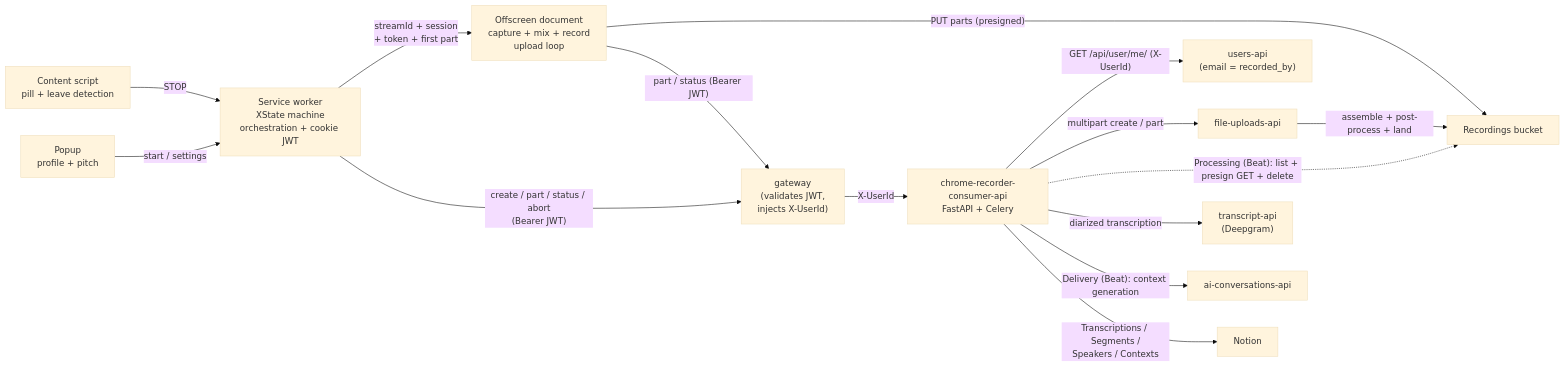
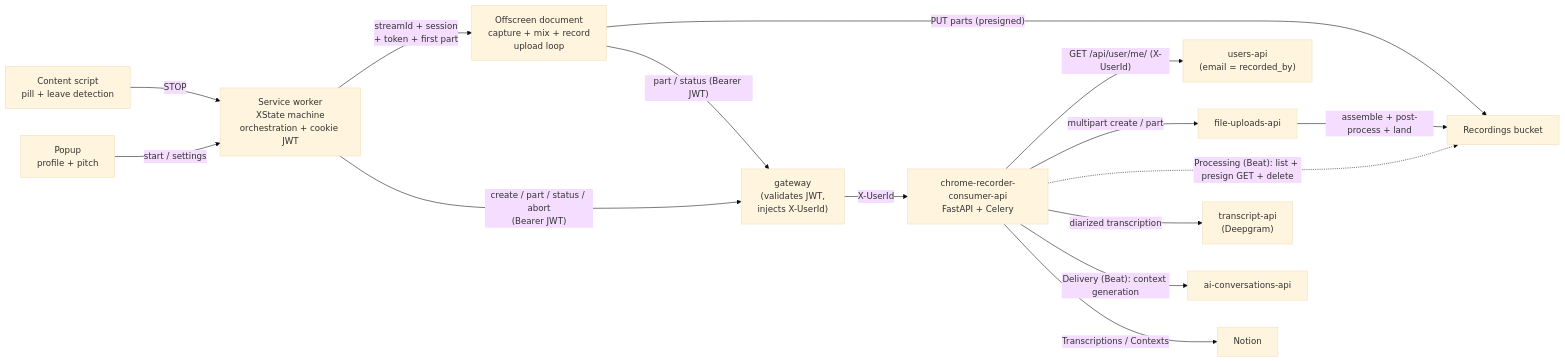
The first of 2 diagrams in spec.md (filadd/chrome-recorder), drawn with Mermaid (base theme) before and after one commit. The commit also changed other lines of this file and 1 other file, not shown here.

````diff
--- a/spec.md
+++ b/spec.md
@@ -37,17 +37,17 @@
 ```mermaid
 flowchart LR
     CS["Content script<br/>pill + leave detection"] -->|"STOP"| SW["Service worker<br/>XState machine<br/>orchestration + cookie JWT"]
     P["Popup<br/>profile + pitch"] -->|"start / settings"| SW
     SW -->|"streamId + session<br/>+ token + first part"| OFF["Offscreen document<br/>capture + mix + record<br/>upload loop"]
     SW -->|"create / part / status / abort<br/>(Bearer JWT)"| GW["gateway<br/>(validates JWT,<br/>injects X-UserId)"]
     OFF -->|"PUT parts (presigned)"| S3["Recordings bucket"]
     OFF -->|"part / status (Bearer JWT)"| GW
     GW -->|"X-UserId"| API["chrome-recorder-consumer-api<br/>FastAPI + Celery"]
     API -->|"GET /api/user/me/ (X-UserId)"| USERS["users-api<br/>(email = recorded_by)"]
     API -->|"multipart create / part"| FU["file-uploads-api"]
     FU -->|"assemble + post-process + land"| S3
     API -.->|"Processing (Beat): list + presign GET + delete"| S3
     API -->|"diarized transcription"| TR["transcript-api<br/>(Deepgram)"]
     API -->|"Delivery (Beat): context generation"| AIC["ai-conversations-api"]
-    API -->|"Transcriptions / Segments /<br/>Speakers / Contexts"| NOTION["Notion"]
+    API -->|"Transcriptions / Contexts"| NOTION["Notion"]
 ```
````
